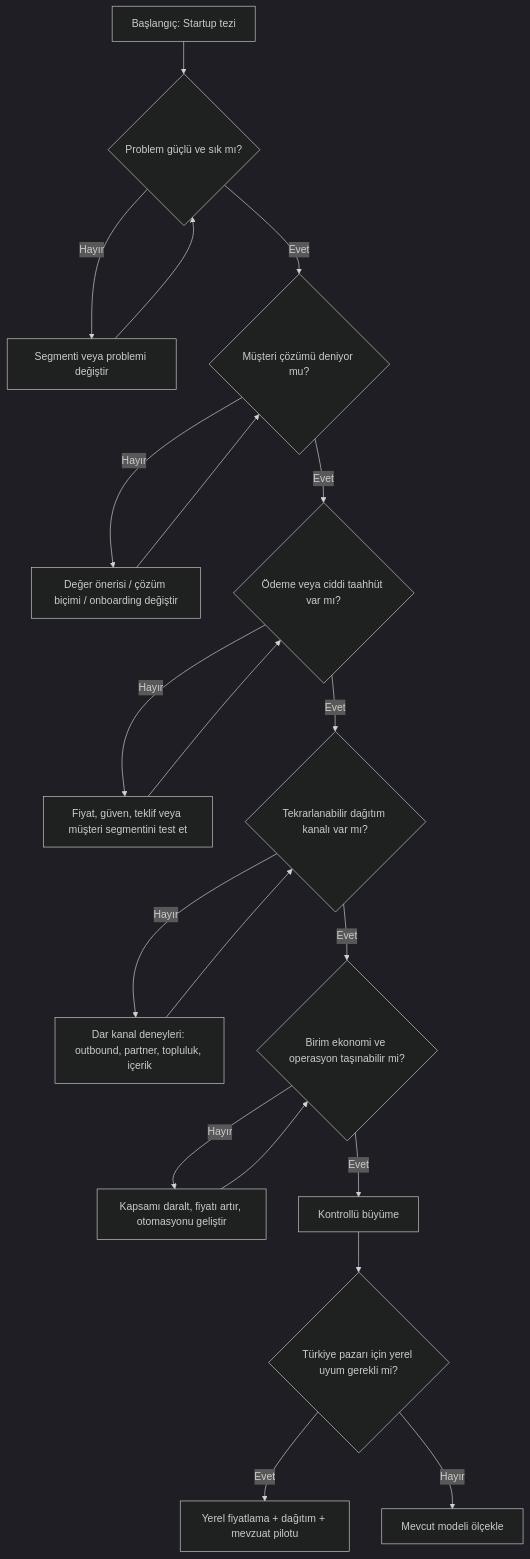
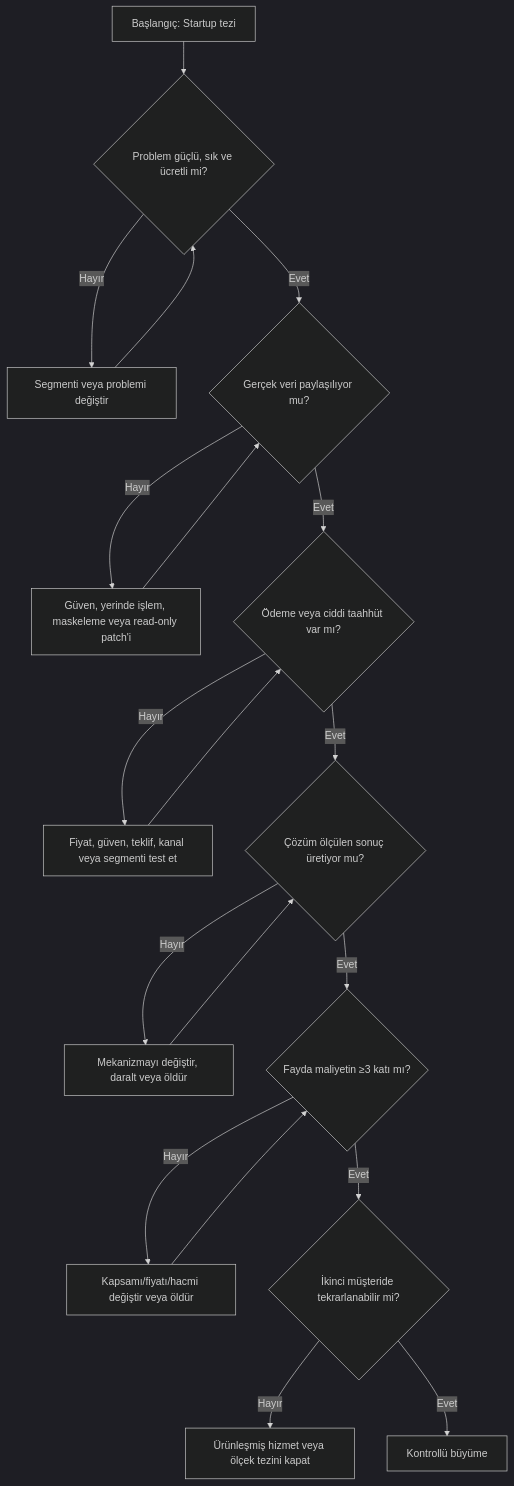
Before and after one commit to lightlessy/faruk-knowledge-base: the diagram in docs/startup/hareket-plani.md, drawn with Mermaid (dark theme). The commit also changed other lines of this file and 13 other files, not shown here.

````diff
--- a/docs/startup/hareket-plani.md
+++ b/docs/startup/hareket-plani.md
@@ -83,22 +84,21 @@
 ```mermaid
 flowchart TD
-    S[Başlangıç: Startup tezi] --> P{Problem güçlü ve sık mı?}
-    P -->|Hayır| P0[Segmenti veya problemi değiştir]
+    S["Başlangıç: Startup tezi"] --> P{"Problem güçlü, sık ve ücretli mi?"}
+    P -->|Hayır| P0["Segmenti veya problemi değiştir"]
     P0 --> P
-    P -->|Evet| V{Müşteri çözümü deniyor mu?}
-    V -->|Hayır| V0[Değer önerisi / çözüm biçimi / onboarding değiştir]
+    P -->|Evet| V{"Gerçek veri paylaşılıyor mu?"}
+    V -->|Hayır| V0["Güven, yerinde işlem, maskeleme veya read-only patch'i"]
     V0 --> V
-    V -->|Evet| W{Ödeme veya ciddi taahhüt var mı?}
-    W -->|Hayır| W0[Fiyat, güven, teklif veya müşteri segmentini test et]
+    V -->|Evet| W{"Ödeme veya ciddi taahhüt var mı?"}
+    W -->|Hayır| W0["Fiyat, güven, teklif, kanal veya segmenti test et"]
     W0 --> W
-    W -->|Evet| R{Tekrarlanabilir dağıtım kanalı var mı?}
-    R -->|Hayır| R0[Dar kanal deneyleri: outbound, partner, topluluk, içerik]
-    R0 --> R
-    R -->|Evet| U{Birim ekonomi ve operasyon taşınabilir mi?}
-    U -->|Hayır| U0[Kapsamı daralt, fiyatı artır, otomasyonu geliştir]
+    W -->|Evet| U{"Çözüm ölçülen sonuç üretiyor mu?"}
+    U -->|Hayır| U0["Mekanizmayı değiştir, daralt veya öldür"]
     U0 --> U
-    U -->|Evet| G[Kontrollü büyüme]
-    G --> T{Türkiye pazarı için yerel uyum gerekli mi?}
-    T -->|Evet| TL[Yerel fiyatlama + dağıtım + mevzuat pilotu]
-    T -->|Hayır| GL[Mevcut modeli ölçekle]
+    U -->|Evet| E{"Fayda maliyetin ≥3 katı mı?"}
+    E -->|Hayır| E0["Kapsamı/fiyatı/hacmi değiştir veya öldür"]
+    E0 --> E
+    E -->|Evet| R{"İkinci müşteride tekrarlanabilir mi?"}
+    R -->|Hayır| R0["Ürünleşmiş hizmet veya ölçek tezini kapat"]
+    R -->|Evet| G["Kontrollü büyüme"]
 ```
````
